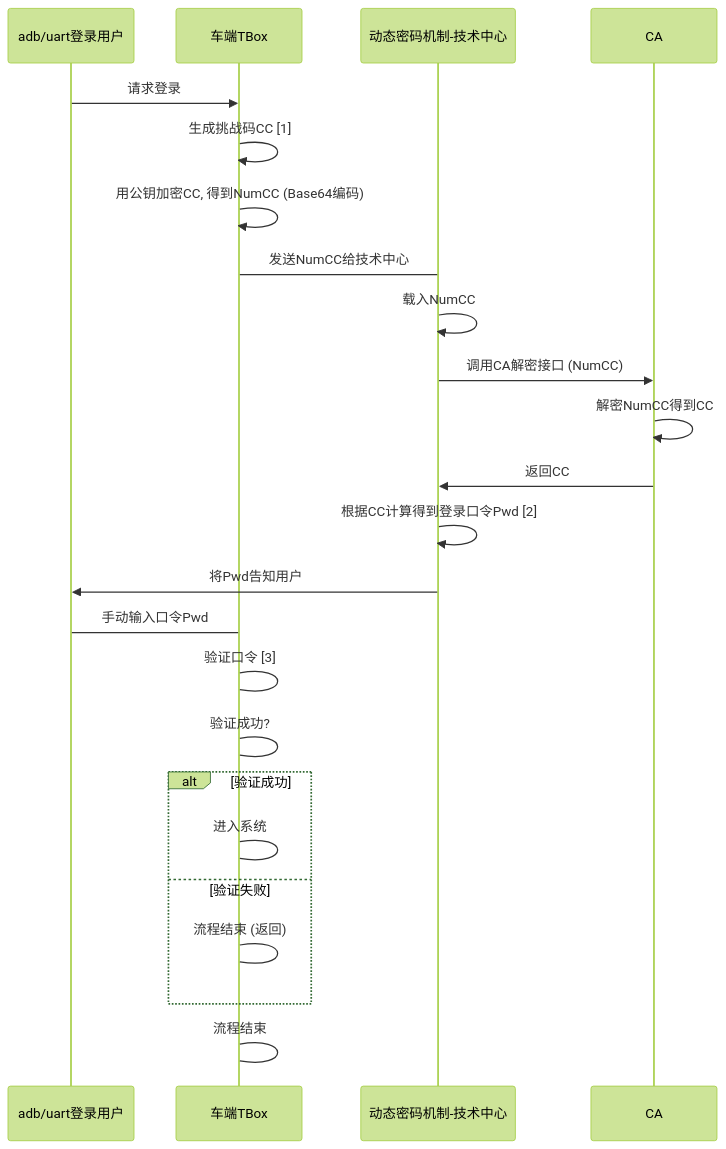
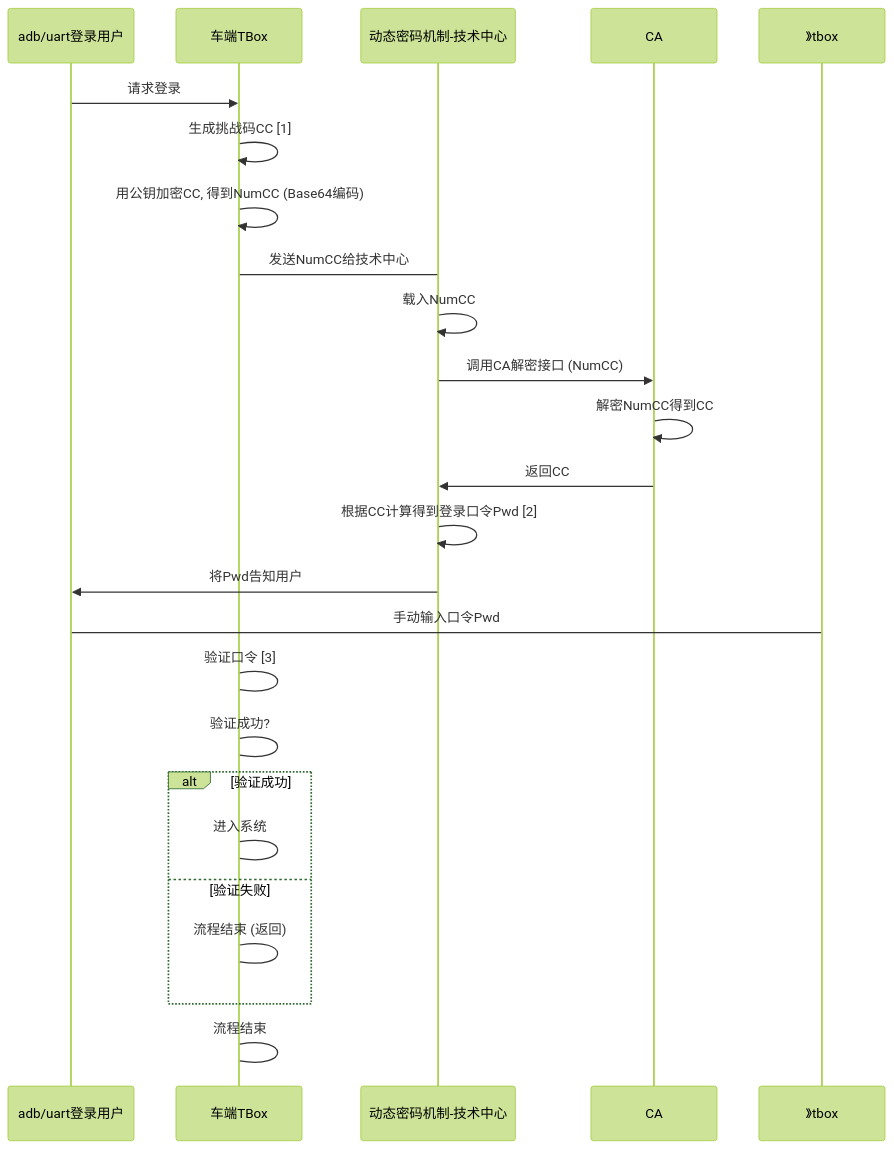
One commit to facebook-cloud/iodraw-files changed the diagram in all/未命名-13.md. Above: the diagram before and after it, drawn with Mermaid (forest theme).

Commit message:
2026-01-26 15:21:53 update

````diff
--- a/all/未命名-13.md
+++ b/all/未命名-13.md
@@ -1,29 +1,28 @@
 ```mermaid
 sequenceDiagram
     participant user as adb/uart登录用户
     participant tbox as 车端TBox
     participant tech_center as 动态密码机制-技术中心
     participant ca as CA
 
     user->>tbox: 请求登录
     tbox->>tbox: 生成挑战码CC [1]
     tbox->>tbox: 用公钥加密CC, 得到NumCC (Base64编码)
     tbox->tech_center: 发送NumCC给技术中心
     tech_center->>tech_center: 载入NumCC
     tech_center->>ca: 调用CA解密接口 (NumCC)
     ca->>ca: 解密NumCC得到CC
     ca->>tech_center: 返回CC
     tech_center->>tech_center: 根据CC计算得到登录口令Pwd [2]
     tech_center->>user: 将Pwd告知用户
-
-    user->tbox: 手动输入口令Pwd
+    user->》tbox: 手动输入口令Pwd
     tbox->tbox: 验证口令 [3]
     tbox->tbox: 验证成功?
     alt 验证成功
         tbox->tbox: 进入系统
     else 验证失败
         tbox->tbox: 流程结束 (返回)
     end
     tbox->tbox: 流程结束
 
 ```
````
